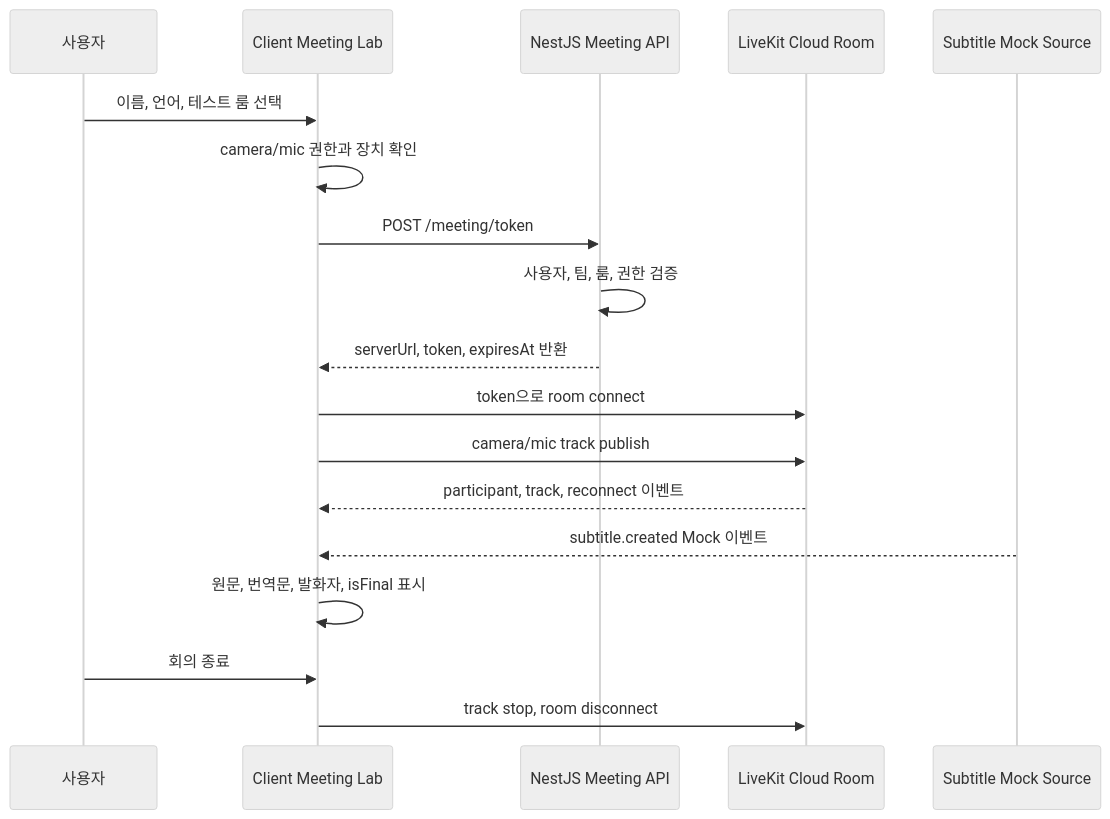
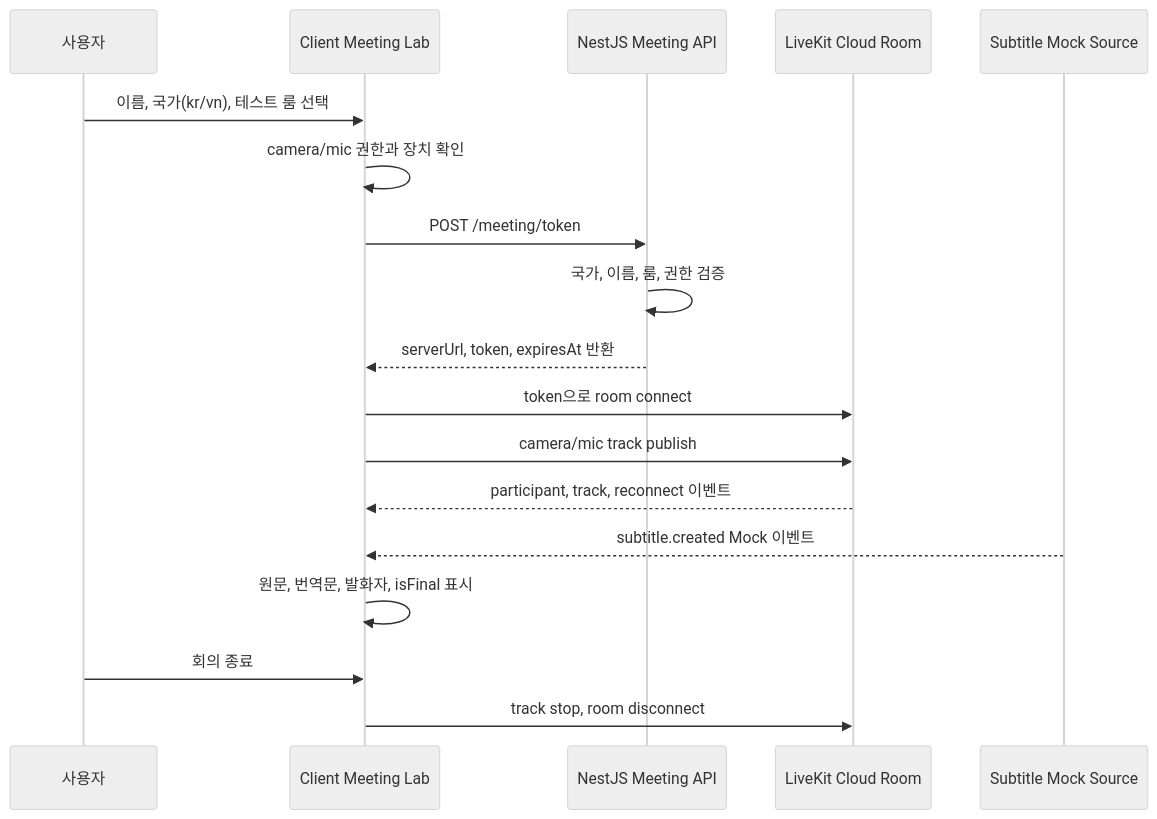
Before and after one commit to LIKELION2026/LIKELION2026: the diagram in docs/FEATURES/realtime-meeting/PIPELINE.md, drawn with Mermaid (neutral theme). The commit also changed other lines of this file, not shown here.

````diff
--- a/docs/FEATURES/realtime-meeting/PIPELINE.md
+++ b/docs/FEATURES/realtime-meeting/PIPELINE.md
@@ -38,21 +38,21 @@
 ```mermaid
 sequenceDiagram
     participant User as 사용자
     participant Client as Client Meeting Lab
     participant Server as NestJS Meeting API
     participant LiveKit as LiveKit Cloud Room
     participant SubtitleMock as Subtitle Mock Source
 
-    User->>Client: 이름, 언어, 테스트 룸 선택
+    User->>Client: 이름, 국가(kr/vn), 테스트 룸 선택
     Client->>Client: camera/mic 권한과 장치 확인
     Client->>Server: POST /meeting/token
-    Server->>Server: 사용자, 팀, 룸, 권한 검증
+    Server->>Server: 국가, 이름, 룸, 권한 검증
     Server-->>Client: serverUrl, token, expiresAt 반환
     Client->>LiveKit: token으로 room connect
     Client->>LiveKit: camera/mic track publish
     LiveKit-->>Client: participant, track, reconnect 이벤트
     SubtitleMock-->>Client: subtitle.created Mock 이벤트
     Client->>Client: 원문, 번역문, 발화자, isFinal 표시
     User->>Client: 회의 종료
     Client->>LiveKit: track stop, room disconnect
 ```
````
